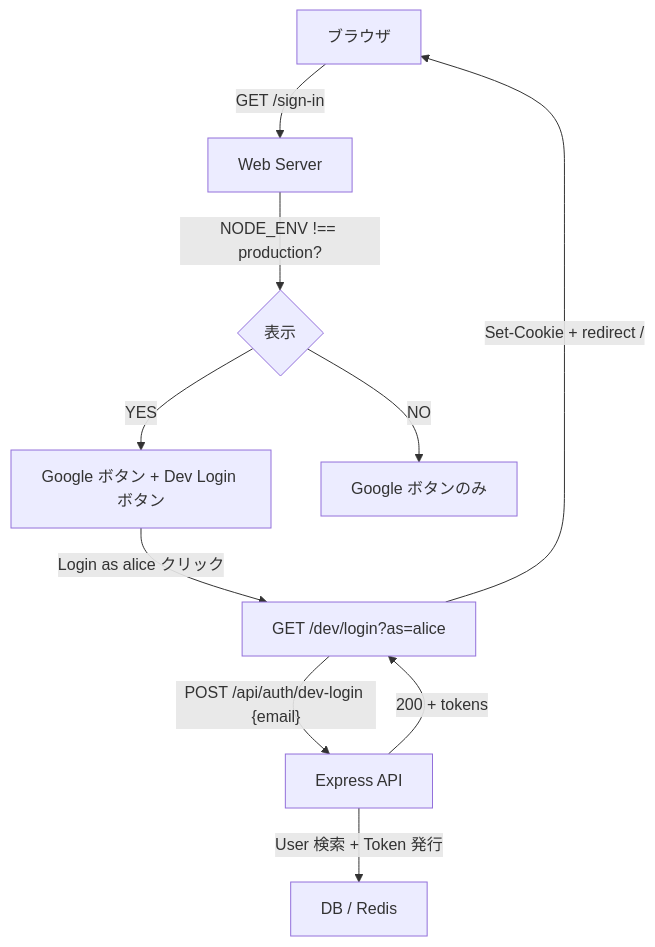
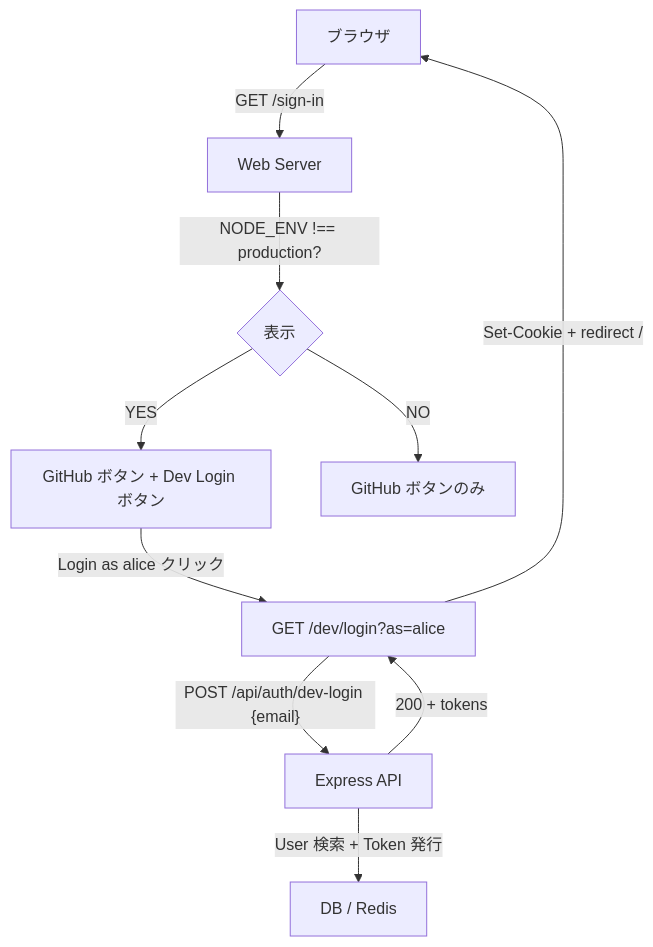
The first of 2 diagrams in docs/spec/dev-login/README.md (kentakki416/typing-royale), drawn with Mermaid before and after one commit. The commit also changed other lines of this file and 51 other files, not shown here.

````diff
--- a/docs/spec/dev-login/README.md
+++ b/docs/spec/dev-login/README.md
@@ -67,12 +67,12 @@
 ```mermaid
 flowchart TD
     A[ブラウザ] -->|"GET /sign-in"| B[Web Server]
     B -->|"NODE_ENV !== production?"| C{表示}
-    C -->|YES| D["Google ボタン + Dev Login ボタン"]
-    C -->|NO| E["Google ボタンのみ"]
+    C -->|YES| D["GitHub ボタン + Dev Login ボタン"]
+    C -->|NO| E["GitHub ボタンのみ"]
     D -->|"Login as alice クリック"| F["GET /dev/login?as=alice"]
     F -->|"POST /api/auth/dev-login {email}"| G[Express API]
     G -->|"User 検索 + Token 発行"| H[DB / Redis]
     G -->|"200 + tokens"| F
     F -->|"Set-Cookie + redirect /"| A
 ```
````
